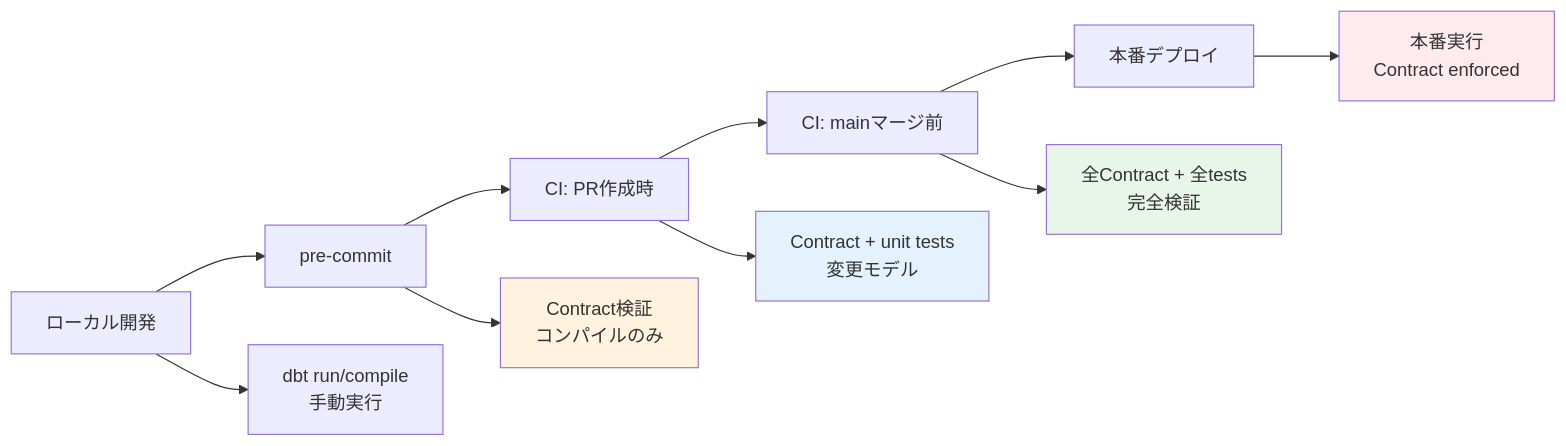
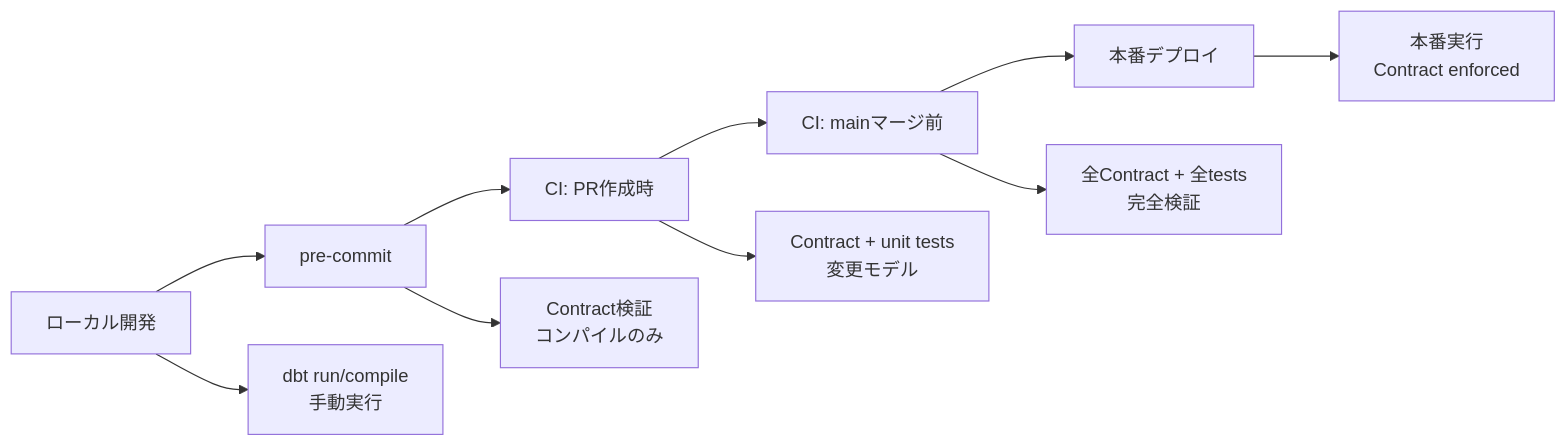
The fourth of 7 diagrams in content/Tech/dbt/features/contracts-config.md (1210yuichi0/1210yuichi0.github.io), drawn with Mermaid before and after one commit. The commit also changed other lines of this file and 22 other files, not shown here.

First line of the commit message:
style: remove Mermaid style directives for dark mode compatibility

````diff
--- a/content/Tech/dbt/features/contracts-config.md
+++ b/content/Tech/dbt/features/contracts-config.md
@@ -900,18 +892,14 @@
 ```mermaid
 flowchart LR
     A[ローカル開発] --> B[pre-commit]
     B --> C[CI: PR作成時]
     C --> D[CI: mainマージ前]
     D --> E[本番デプロイ]
 
     A --> A1[dbt run/compile<br/>手動実行]
     B --> B1[Contract検証<br/>コンパイルのみ]
     C --> C1[Contract + unit tests<br/>変更モデル]
     D --> D1[全Contract + 全tests<br/>完全検証]
     E --> E1[本番実行<br/>Contract enforced]
 
-    style B1 fill:#fff3e0
-    style C1 fill:#e3f2fd
-    style D1 fill:#e8f5e9
-    style E1 fill:#ffebee
 ```
````
